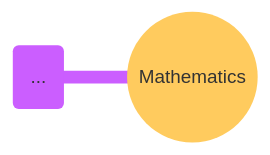
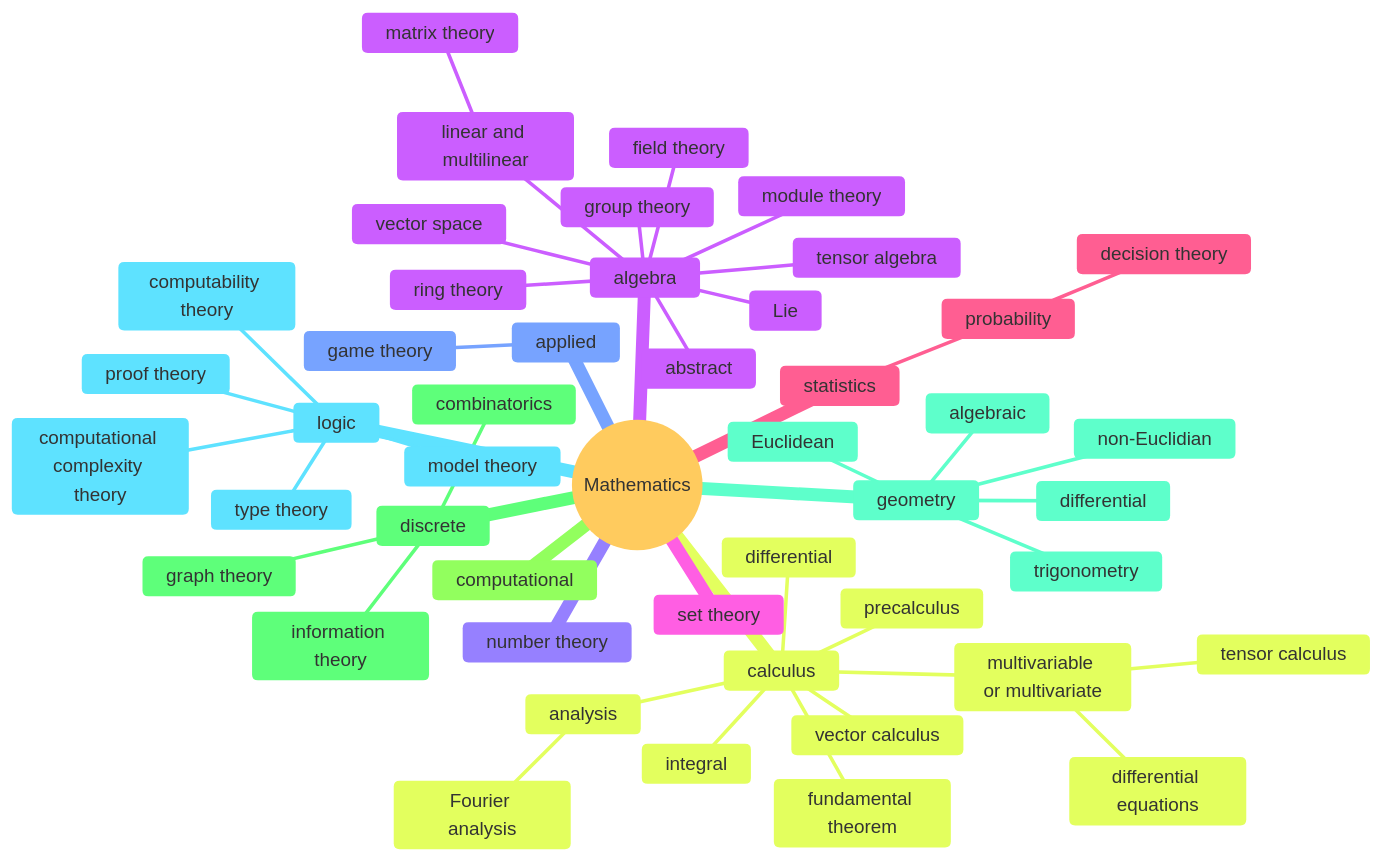
Diagram 14 of 18 in docs/full_taxonomy.md (nimbinatus/taxonomy), drawn with Mermaid before and after one commit. The commit also changed other lines of this file, not shown here.

````diff
--- a/docs/full_taxonomy.md
+++ b/docs/full_taxonomy.md
@@ -582,13 +692,58 @@
 ```mermaid
 ---
 title: Mathematics
 config:
     fontSize: 8
     theme: base
     mindmap:
-        maxNodeWidth: 100
+        maxNodeWidth: 110
 ---
 mindmap
     root((Mathematics))
-        id(...)
+        algebra
+            abstract
+            field theory
+            group theory
+            Lie
+            linear and multilinear
+                matrix theory
+            module theory
+            ring theory
+            tensor algebra
+            vector space
+        applied
+            game theory
+        calculus
+            analysis
+                Fourier analysis
+            differential
+            fundamental theorem
+            integral
+            multivariable or multivariate
+                differential equations
+                tensor calculus
+            precalculus
+            vector calculus
+        computational
+        discrete
+            combinatorics
+            graph theory
+            information theory
+        geometry
+            algebraic
+            differential
+            Euclidean
+            non-Euclidian
+            trigonometry
+        logic
+            computability theory
+            computational complexity theory
+            model theory
+            proof theory
+            type theory
+        number theory
+        set theory
+        statistics
+            probability
+                decision theory
 ```
````
